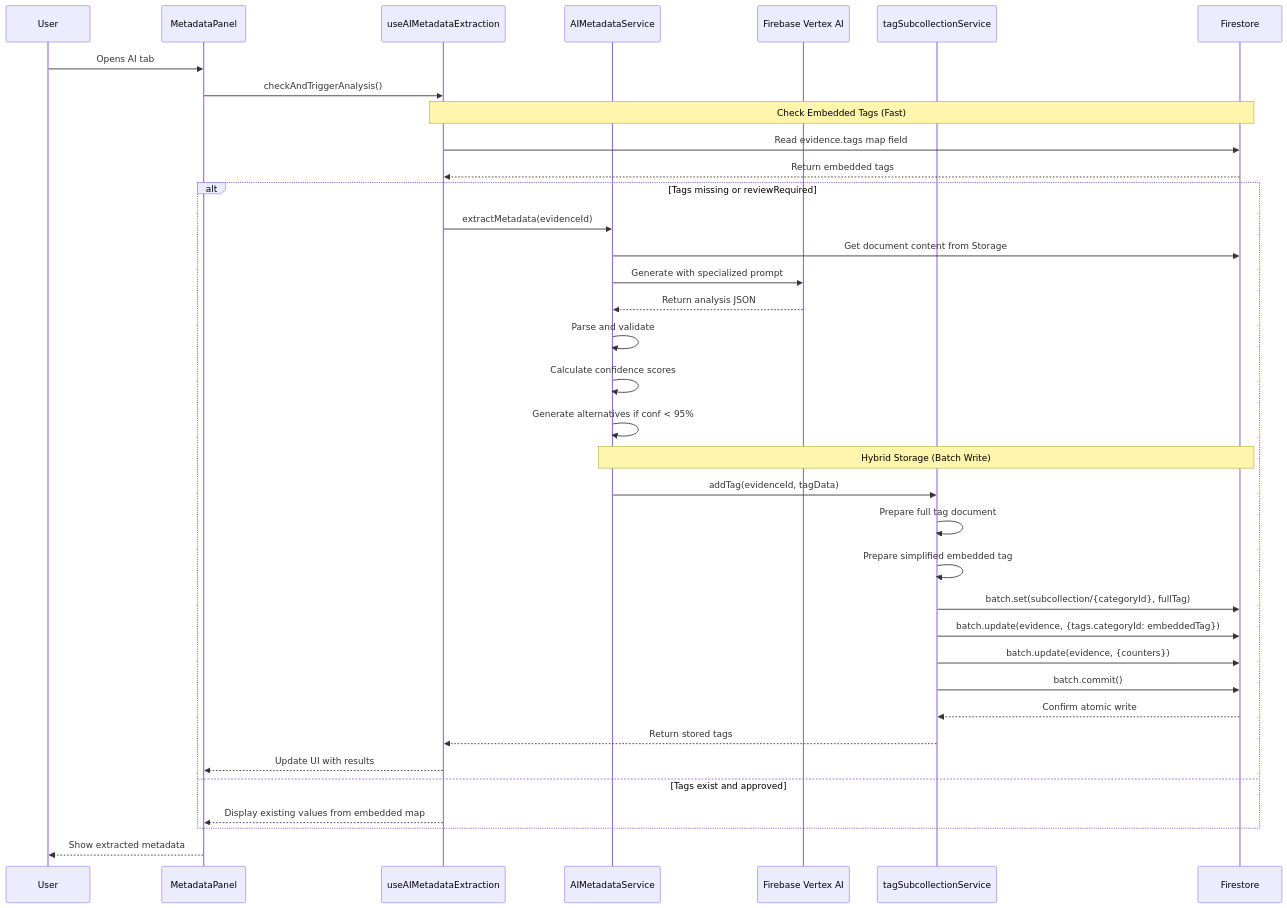
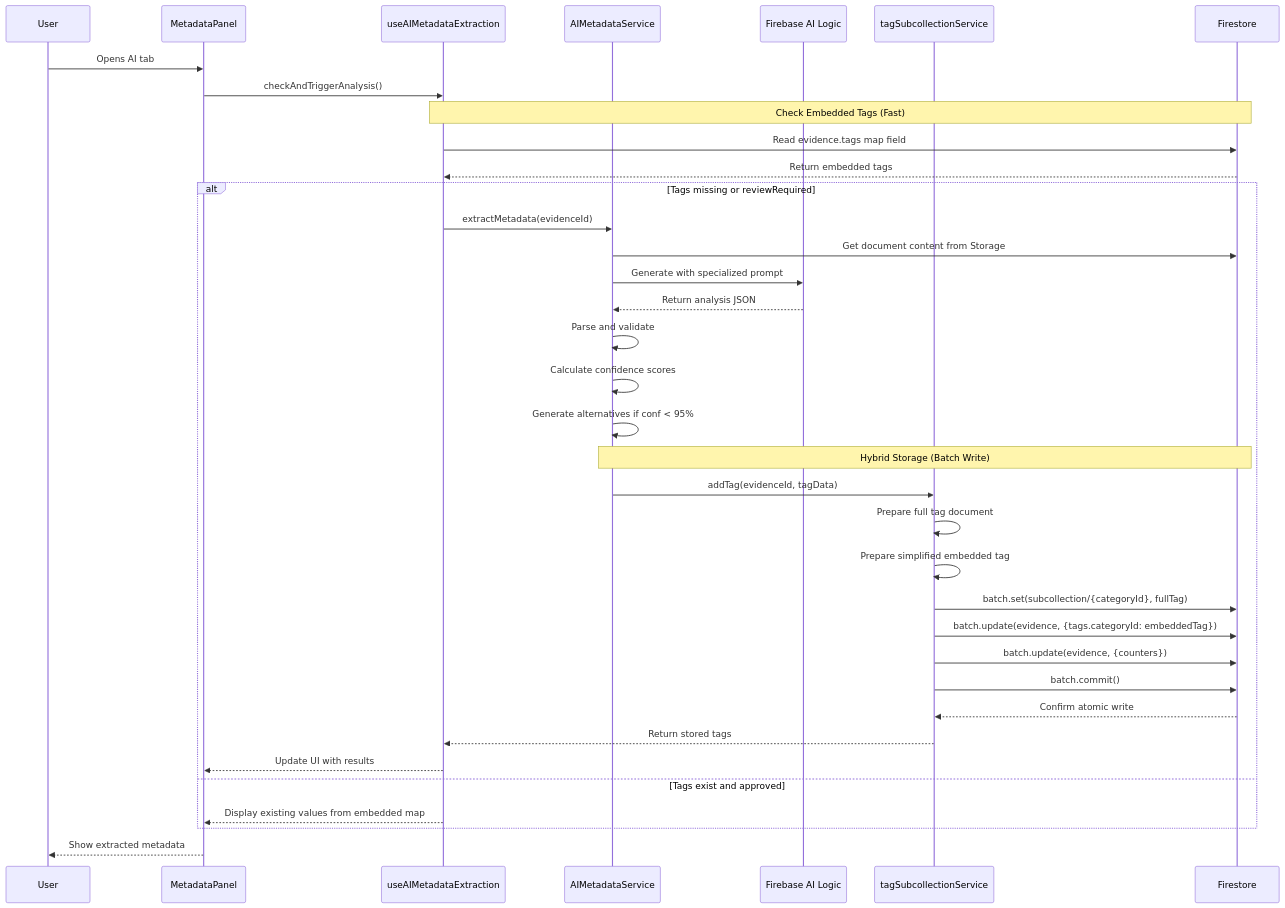
Before and after one commit to Mharbulous/Listbot.ca: the first of 2 diagrams in docs/ai/ai-metadata-extraction-requirements.md, drawn with Mermaid. The commit also changed other lines of this file and 6 other files, not shown here.

Commit message:
Updated terminology in planning documents to refer to Firebase AI Logic instead of Vertex AI

````diff
--- a/docs/ai/ai-metadata-extraction-requirements.md
+++ b/docs/ai/ai-metadata-extraction-requirements.md
@@ -431,43 +431,43 @@
 ```mermaid
 sequenceDiagram
     participant User
     participant MetadataPanel
     participant Composable as useAIMetadataExtraction
     participant AIMetadataService
-    participant VertexAI as Firebase Vertex AI
+    participant VertexAI as Firebase AI Logic
     participant TagService as tagSubcollectionService
     participant Firestore
 
     User->>MetadataPanel: Opens AI tab
     MetadataPanel->>Composable: checkAndTriggerAnalysis()
 
     Note over Composable,Firestore: Check Embedded Tags (Fast)
     Composable->>Firestore: Read evidence.tags map field
     Firestore-->>Composable: Return embedded tags
 
     alt Tags missing or reviewRequired
         Composable->>AIMetadataService: extractMetadata(evidenceId)
         AIMetadataService->>Firestore: Get document content from Storage
         AIMetadataService->>VertexAI: Generate with specialized prompt
         VertexAI-->>AIMetadataService: Return analysis JSON
         AIMetadataService->>AIMetadataService: Parse and validate
         AIMetadataService->>AIMetadataService: Calculate confidence scores
         AIMetadataService->>AIMetadataService: Generate alternatives if conf < 95%
 
         Note over AIMetadataService,Firestore: Hybrid Storage (Batch Write)
         AIMetadataService->>TagService: addTag(evidenceId, tagData)
         TagService->>TagService: Prepare full tag document
         TagService->>TagService: Prepare simplified embedded tag
         TagService->>Firestore: batch.set(subcollection/{categoryId}, fullTag)
         TagService->>Firestore: batch.update(evidence, {tags.categoryId: embeddedTag})
         TagService->>Firestore: batch.update(evidence, {counters})
         TagService->>Firestore: batch.commit()
         Firestore-->>TagService: Confirm atomic write
         TagService-->>Composable: Return stored tags
         Composable-->>MetadataPanel: Update UI with results
     else Tags exist and approved
         Composable-->>MetadataPanel: Display existing values from embedded map
     end
 
     MetadataPanel-->>User: Show extracted metadata
 ```
````
